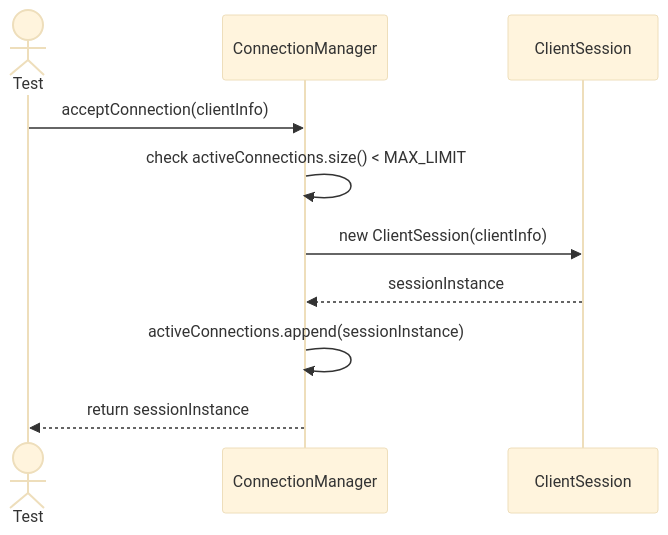
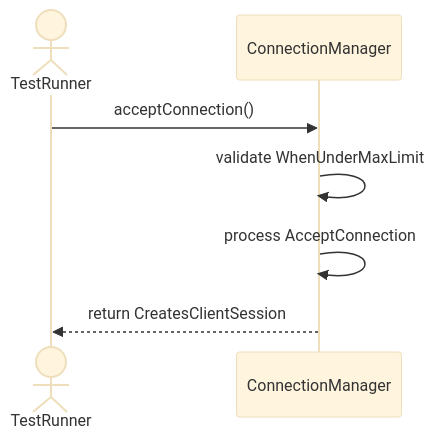
One commit to TamBui1706/DBMS changed the first of 10 diagrams in Sequences/Core/ConnectionManager.md. Above: the diagram before and after it, drawn with Mermaid (base theme). The commit also changed other lines of this file and 63 other files, not shown here.

Commit message:
Draw sequence diagram for unit tests

````diff
--- a/Sequences/Core/ConnectionManager.md
+++ b/Sequences/Core/ConnectionManager.md
@@ -17,13 +22,9 @@
 ```mermaid
 sequenceDiagram
-    actor Test
+    actor TestRunner
     participant ConnectionManager
-    participant ClientSession
-
-    Test->>ConnectionManager: acceptConnection(clientInfo)
-    ConnectionManager->>ConnectionManager: check activeConnections.size() < MAX_LIMIT
-    ConnectionManager->>ClientSession: new ClientSession(clientInfo)
-    ClientSession-->>ConnectionManager: sessionInstance
-    ConnectionManager->>ConnectionManager: activeConnections.append(sessionInstance)
-    ConnectionManager-->>Test: return sessionInstance
+    TestRunner->>ConnectionManager: acceptConnection()
+    ConnectionManager->>ConnectionManager: validate WhenUnderMaxLimit
+    ConnectionManager->>ConnectionManager: process AcceptConnection
+    ConnectionManager-->>TestRunner: return CreatesClientSession
 ```
````
